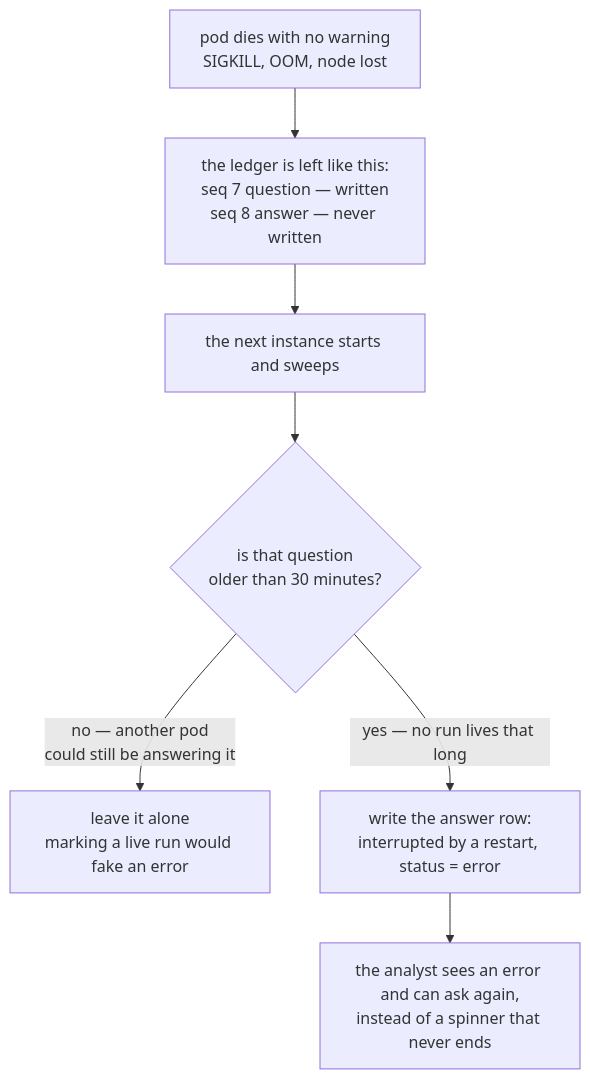
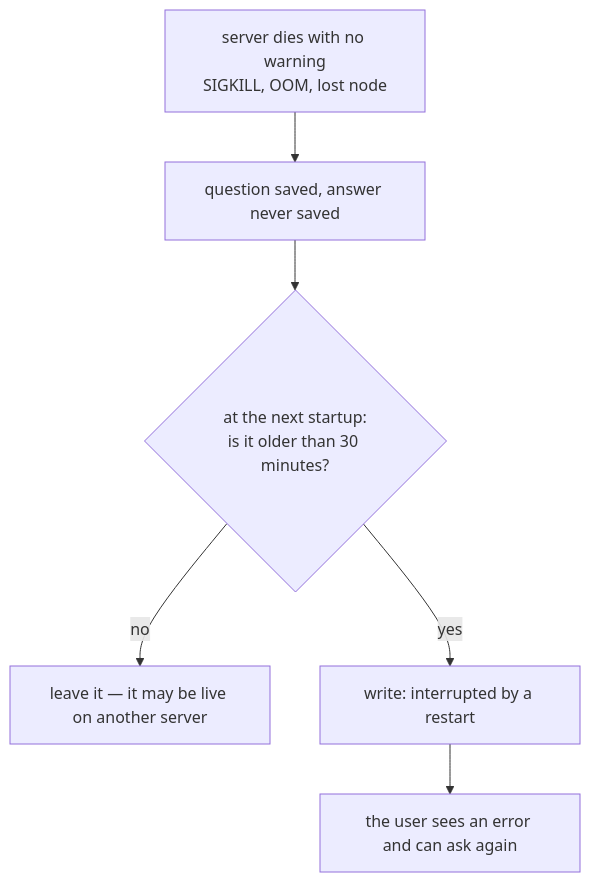
The fifth of 15 diagrams in docs/TESTING-SCALING.md (selvakumarperumal/Corporate_Filing_Analyzer_Agent), drawn with Mermaid before and after one commit. The commit also changed other lines of this file, not shown here.

Commit message:
docs: streamline scaling test guide with plain-language summaries, settings tables, and clear architectural diagrams

````diff
--- a/docs/TESTING-SCALING.md
+++ b/docs/TESTING-SCALING.md
@@ -465,9 +496,8 @@
 ```mermaid
 flowchart TB
-  K["pod dies with no warning<br/>SIGKILL, OOM, node lost"] --> L["the ledger is left like this:<br/>seq 7 question — written<br/>seq 8 answer — never written"]
-  L --> S["the next instance starts and sweeps"]
-  S --> C{"is that question<br/>older than 30 minutes?"}
-  C -->|"no — another pod<br/>could still be answering it"| SKIP["leave it alone<br/>marking a live run would fake an error"]
-  C -->|"yes — no run lives that long"| W["write the answer row:<br/>interrupted by a restart, status = error"]
-  W --> R["the analyst sees an error and can ask again,<br/>instead of a spinner that never ends"]
+  K["server dies with no warning<br/>SIGKILL, OOM, lost node"] --> L["question saved, answer never saved"]
+  L --> S{"at the next startup:<br/>is it older than 30 minutes?"}
+  S -->|"no"| SKIP["leave it — it may be live on another server"]
+  S -->|"yes"| W["write: interrupted by a restart"]
+  W --> R["the user sees an error and can ask again"]
 ```
````
